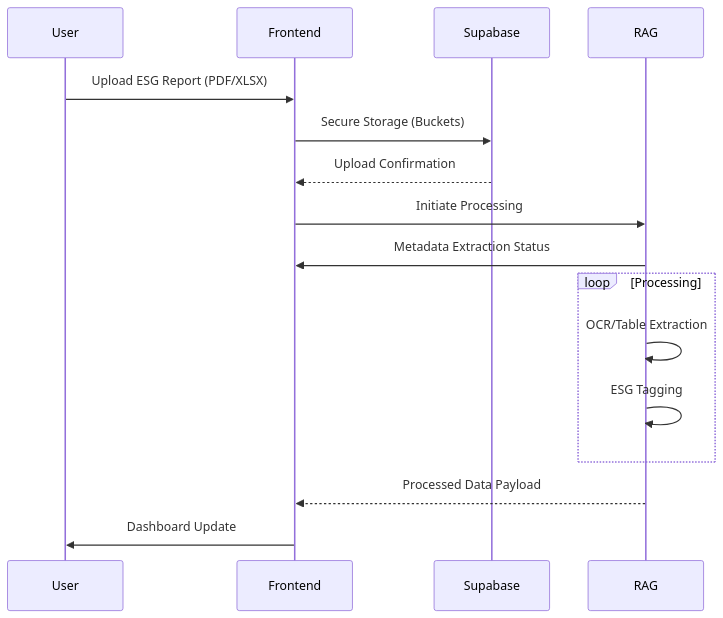
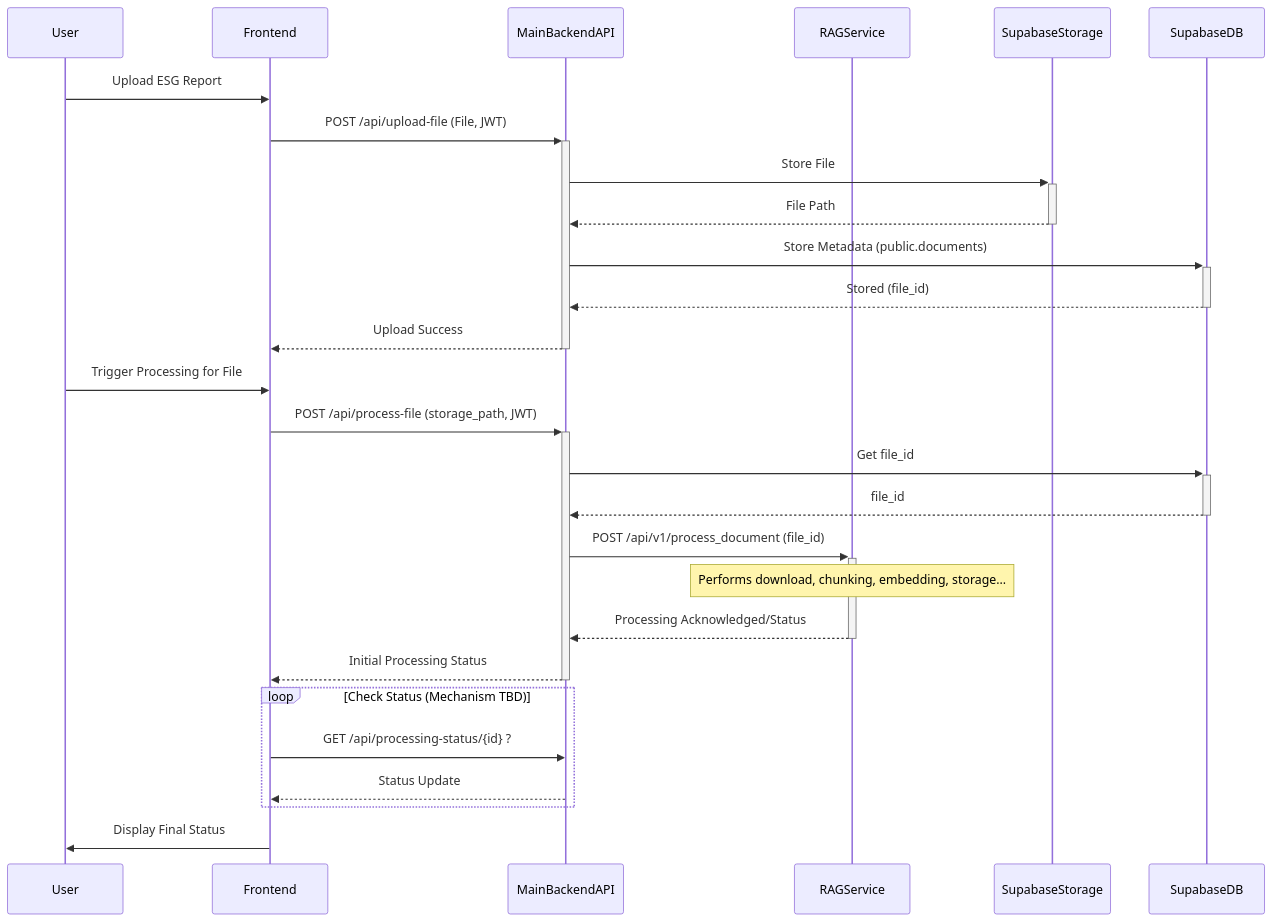
The third of 5 diagrams in documentation/frontend_guide.md (VenkateshShivandi/ESG_Reporting), drawn with Mermaid before and after one commit. The commit also changed other lines of this file and 26 other files, not shown here.

````diff
--- a/documentation/frontend_guide.md
+++ b/documentation/frontend_guide.md
@@ -60,20 +97,31 @@
 ```mermaid
 sequenceDiagram
-  participant User
-  participant Frontend
-  participant Supabase
-  participant RAG
+    participant User
+    participant Frontend
+    participant MainBackendAPI
+    participant RAGService
+    participant SupabaseStorage
+    participant SupabaseDB
 
-  User->>Frontend: Upload ESG Report (PDF/XLSX)
-  Frontend->>Supabase: Secure Storage (Buckets)
-  Supabase-->>Frontend: Upload Confirmation
-  Frontend->>RAG: Initiate Processing
-  RAG->>Frontend: Metadata Extraction Status
-  loop Processing
-    RAG->>RAG: OCR/Table Extraction
-    RAG->>RAG: ESG Tagging
-  end
-  RAG-->>Frontend: Processed Data Payload
-  Frontend->>User: Dashboard Update
+    User->>Frontend: Upload ESG Report
+    Frontend->>+MainBackendAPI: POST /api/upload-file (File, JWT)
+    MainBackendAPI->>+SupabaseStorage: Store File
+    SupabaseStorage-->>-MainBackendAPI: File Path
+    MainBackendAPI->>+SupabaseDB: Store Metadata (public.documents)
+    SupabaseDB-->>-MainBackendAPI: Stored (file_id)
+    MainBackendAPI-->>-Frontend: Upload Success
 
+    User->>Frontend: Trigger Processing for File
+    Frontend->>+MainBackendAPI: POST /api/process-file (storage_path, JWT)
+    MainBackendAPI->>+SupabaseDB: Get file_id
+    SupabaseDB-->>-MainBackendAPI: file_id
+    MainBackendAPI->>+RAGService: POST /api/v1/process_document (file_id)
+    Note over RAGService: Performs download, chunking, embedding, storage...
+    RAGService-->>-MainBackendAPI: Processing Acknowledged/Status
+    MainBackendAPI-->>-Frontend: Initial Processing Status
+    loop Check Status (Mechanism TBD)
+        Frontend->>MainBackendAPI: GET /api/processing-status/{id} ?
+        MainBackendAPI-->>Frontend: Status Update
+    end
+    Frontend->>User: Display Final Status
 ```
````
